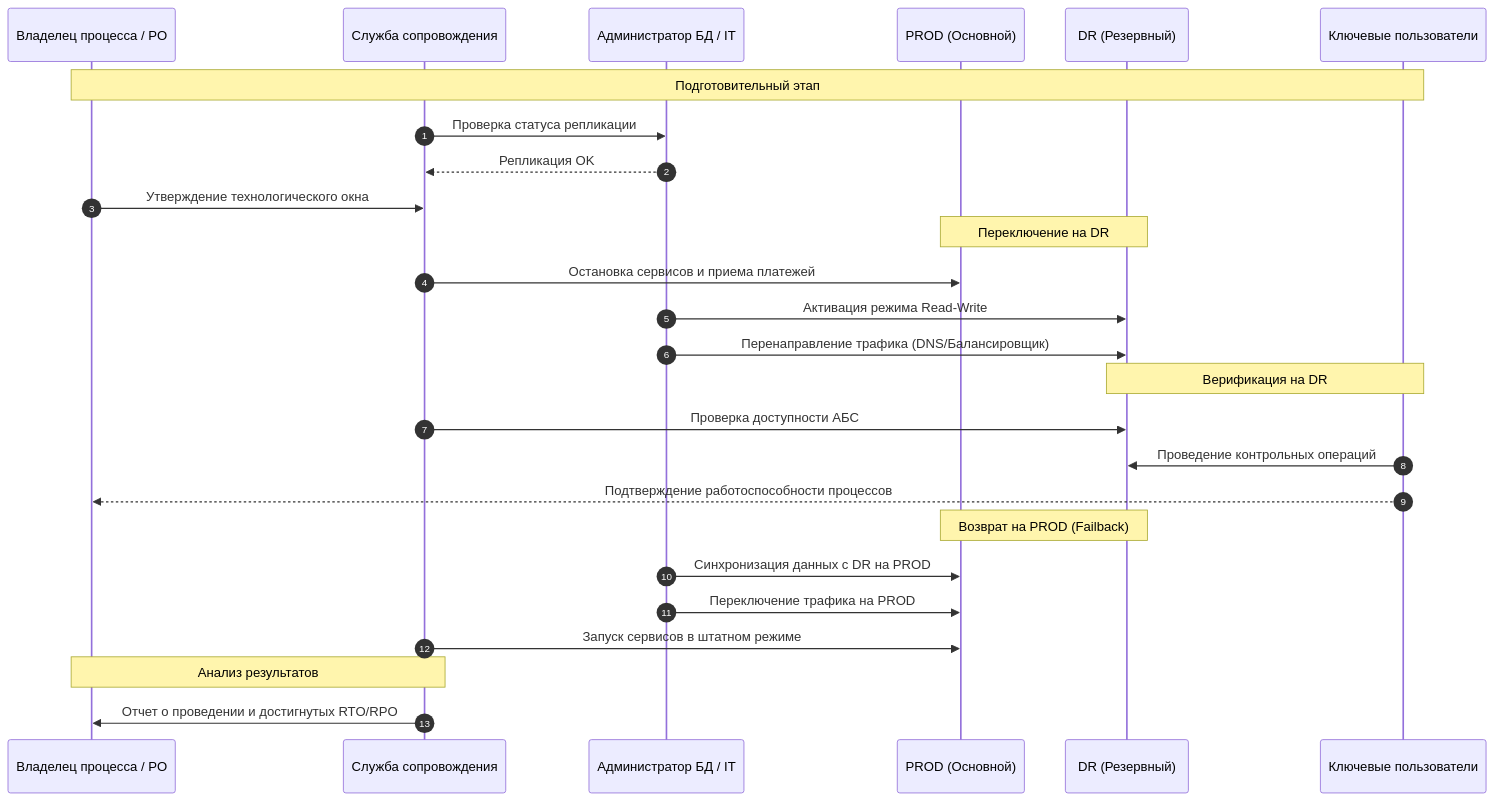
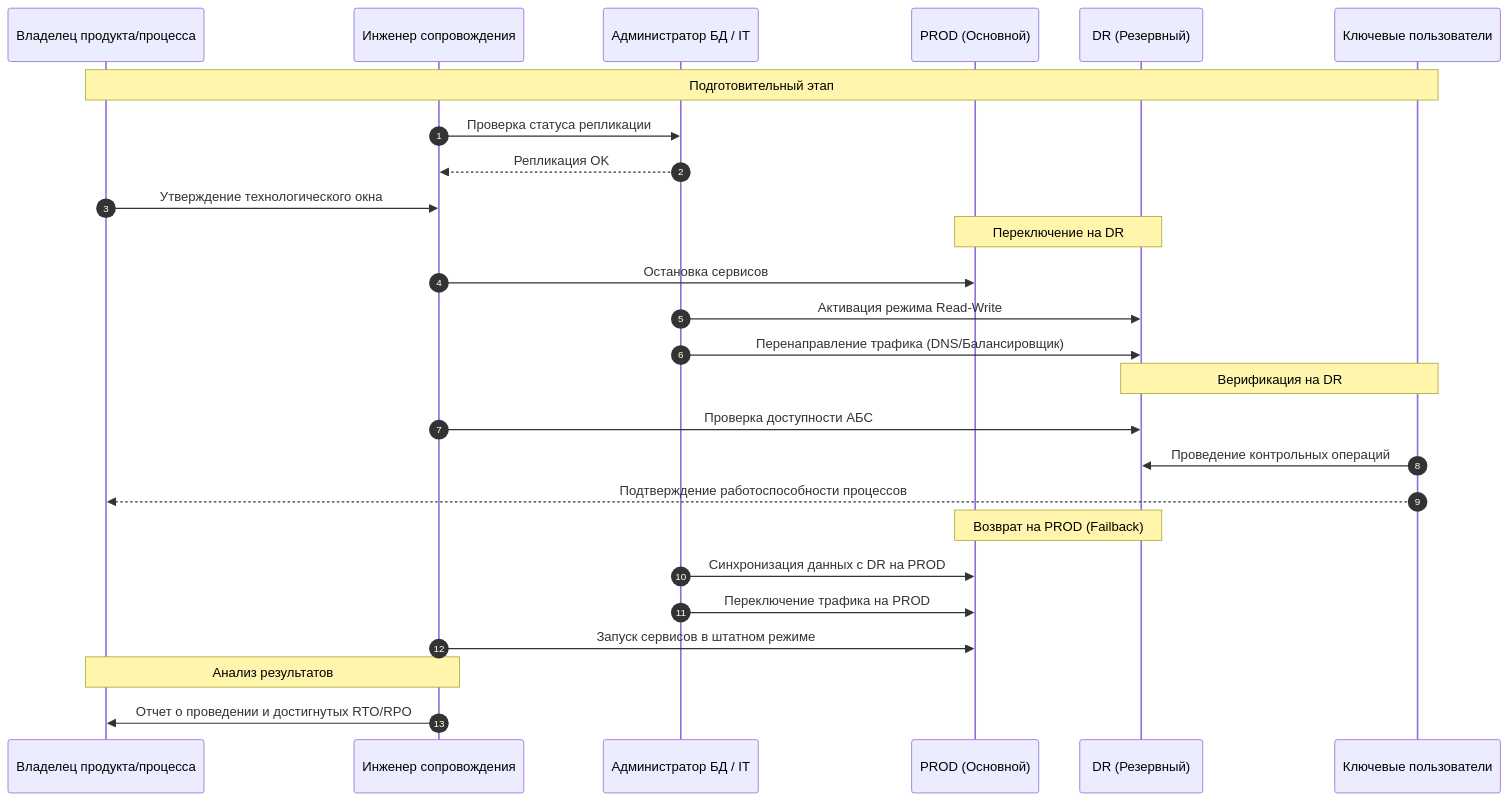
One commit to sergeygorbulko/cft_life_cycle_concept changed the fifth of 5 diagrams in README.md. Above: the diagram before and after it, drawn with Mermaid. The commit also changed other lines of this file, not shown here.

Commit message:
Актуализация процесса TO BE

````diff
--- a/README.md
+++ b/README.md
@@ -405,33 +425,33 @@
 ```mermaid
 sequenceDiagram
     autonumber
-    participant PO as Владелец процесса / PO
-    participant Sup as Служба сопровождения
+    participant PO as Владелец продукта/процесса
+    participant Sup as Инженер сопровождения
     participant DBA as Администратор БД / IT
     participant PROD as PROD (Основной)
     participant DR as DR (Резервный)
     participant User as Ключевые пользователи
 
     Note over PO, User: Подготовительный этап
     Sup->>DBA: Проверка статуса репликации
     DBA-->>Sup: Репликация OK
     PO->>Sup: Утверждение технологического окна
 
     Note over PROD, DR: Переключение на DR
-    Sup->>PROD: Остановка сервисов и приема платежей
+    Sup->>PROD: Остановка сервисов
     DBA->>DR: Активация режима Read-Write
     DBA->>DR: Перенаправление трафика (DNS/Балансировщик)
 
     Note over DR, User: Верификация на DR
     Sup->>DR: Проверка доступности АБС
     User->>DR: Проведение контрольных операций
     User-->>PO: Подтверждение работоспособности процессов
 
     Note over PROD, DR: Возврат на PROD (Failback)
     DBA->>PROD: Синхронизация данных с DR на PROD
     DBA->>PROD: Переключение трафика на PROD
     Sup->>PROD: Запуск сервисов в штатном режиме
 
     Note over PO, Sup: Анализ результатов
     Sup->>PO: Отчет о проведении и достигнутых RTO/RPO
 ```
````
